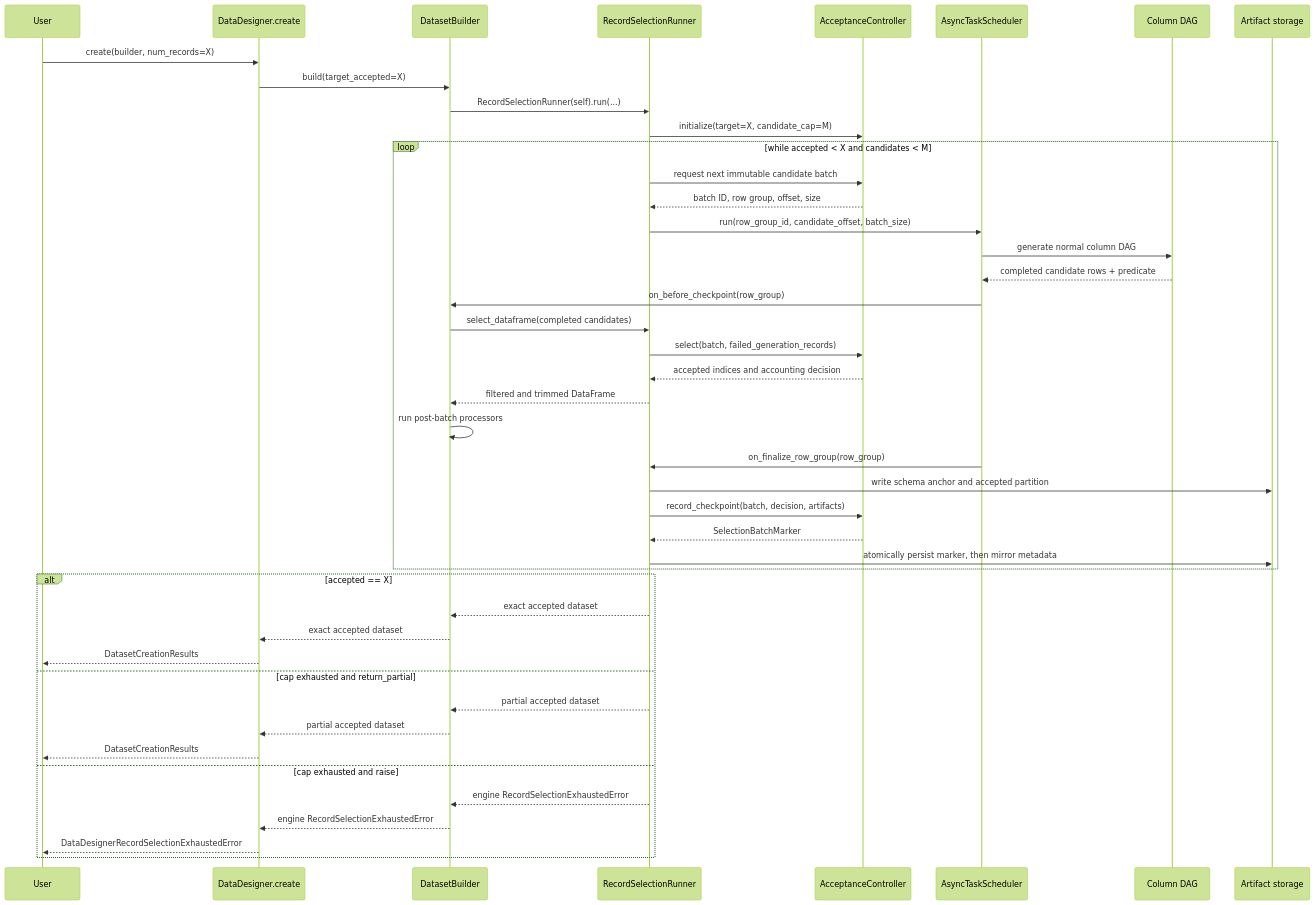
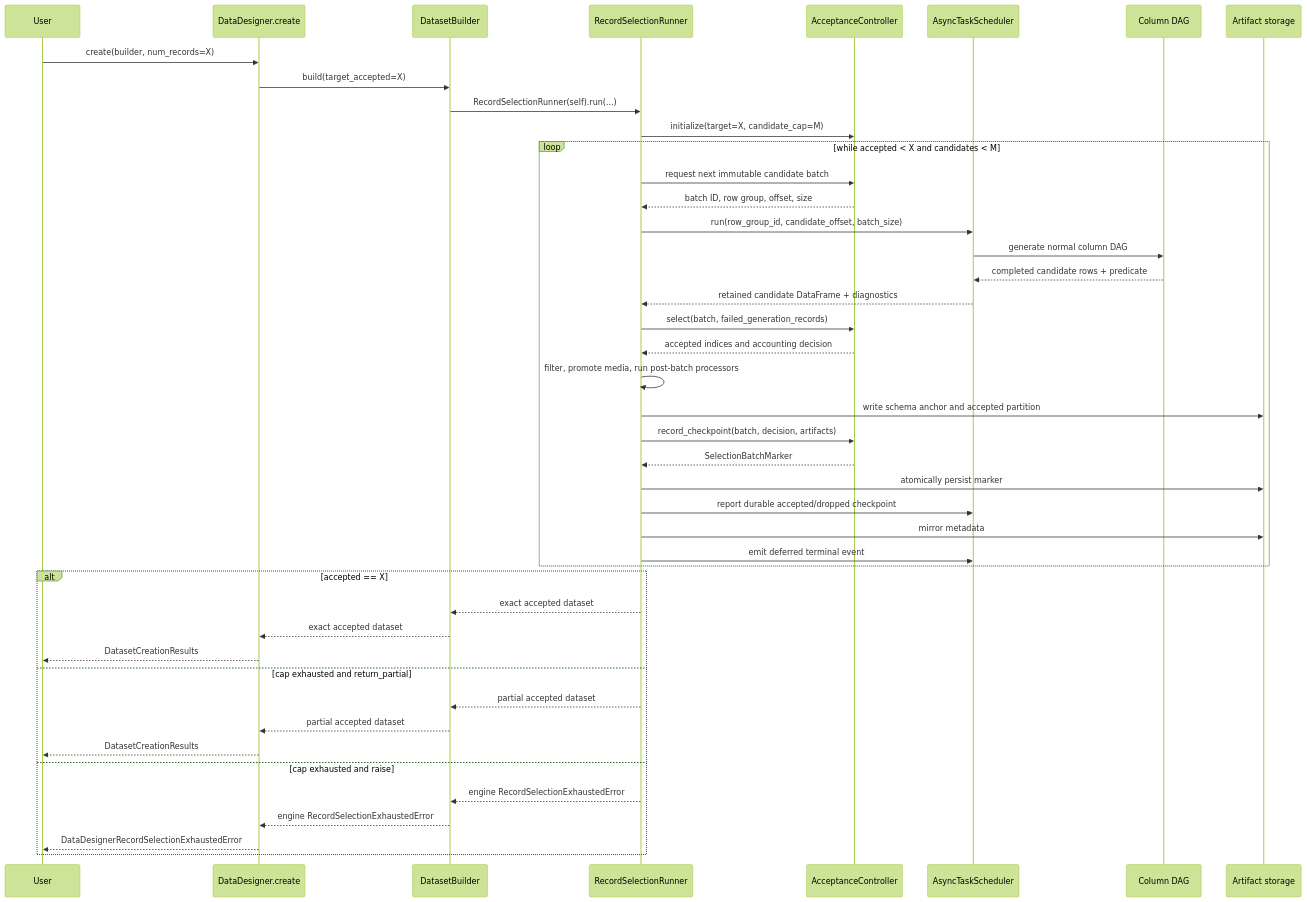
One commit to NVIDIA-NeMo/DataDesigner changed the second of 7 diagrams in plans/790/engine-native-record-selection.md. Above: the diagram before and after it, drawn with Mermaid (forest theme). The commit also changed other lines of this file and 16 other files, not shown here.

````diff
--- a/plans/790/engine-native-record-selection.md
+++ b/plans/790/engine-native-record-selection.md
@@ -309,49 +309,49 @@
 ```mermaid
 sequenceDiagram
     participant U as User
     participant I as DataDesigner.create
     participant B as DatasetBuilder
     participant R as RecordSelectionRunner
     participant A as AcceptanceController
     participant S as AsyncTaskScheduler
     participant G as Column DAG
     participant P as Artifact storage
 
     U->>I: create(builder, num_records=X)
     I->>B: build(target_accepted=X)
     B->>R: RecordSelectionRunner(self).run(...)
     R->>A: initialize(target=X, candidate_cap=M)
 
     loop while accepted < X and candidates < M
         R->>A: request next immutable candidate batch
         A-->>R: batch ID, row group, offset, size
         R->>S: run(row_group_id, candidate_offset, batch_size)
         S->>G: generate normal column DAG
         G-->>S: completed candidate rows + predicate
-        S->>B: on_before_checkpoint(row_group)
-        B->>R: select_dataframe(completed candidates)
+        S-->>R: retained candidate DataFrame + diagnostics
         R->>A: select(batch, failed_generation_records)
         A-->>R: accepted indices and accounting decision
-        R-->>B: filtered and trimmed DataFrame
-        B->>B: run post-batch processors
-        S->>R: on_finalize_row_group(row_group)
+        R->>R: filter, promote media, run post-batch processors
         R->>P: write schema anchor and accepted partition
         R->>A: record_checkpoint(batch, decision, artifacts)
         A-->>R: SelectionBatchMarker
-        R->>P: atomically persist marker, then mirror metadata
+        R->>P: atomically persist marker
+        R->>S: report durable accepted/dropped checkpoint
+        R->>P: mirror metadata
+        R->>S: emit deferred terminal event
     end
 
     alt accepted == X
         R-->>B: exact accepted dataset
         B-->>I: exact accepted dataset
         I-->>U: DatasetCreationResults
     else cap exhausted and return_partial
         R-->>B: partial accepted dataset
         B-->>I: partial accepted dataset
         I-->>U: DatasetCreationResults
     else cap exhausted and raise
         R-->>B: engine RecordSelectionExhaustedError
         B-->>I: engine RecordSelectionExhaustedError
         I-->>U: DataDesignerRecordSelectionExhaustedError
     end
 ```
````
